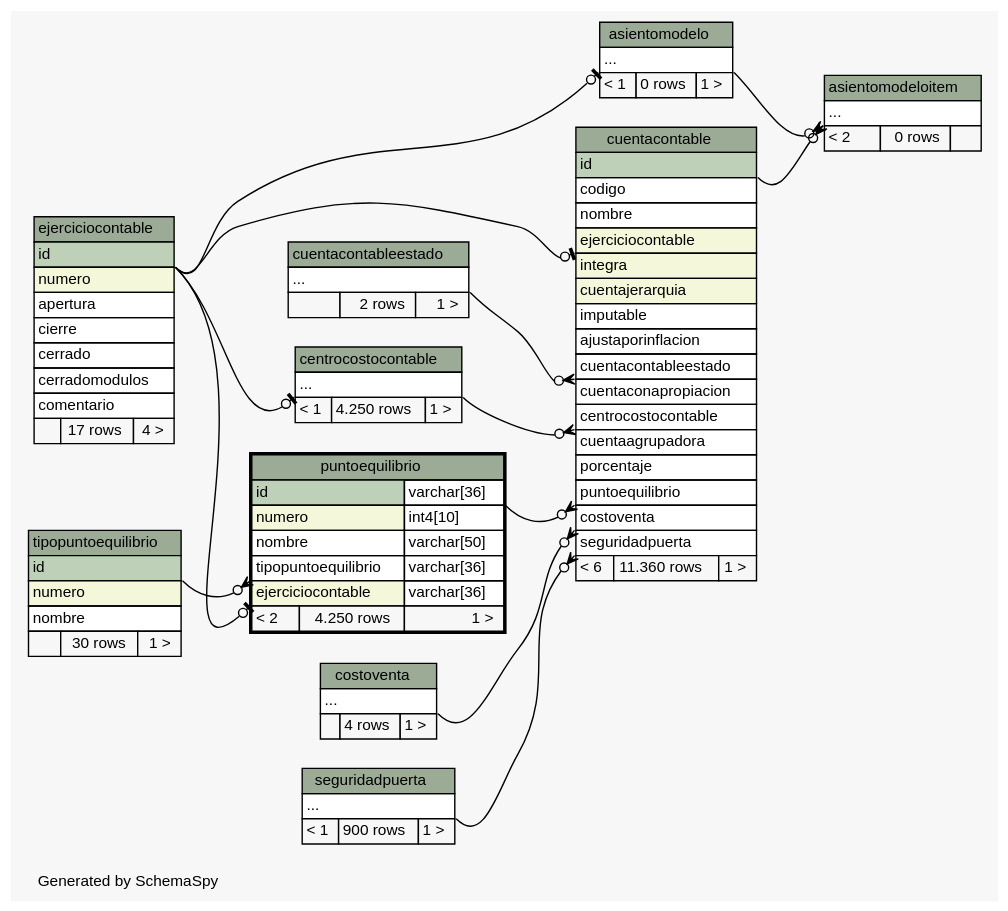
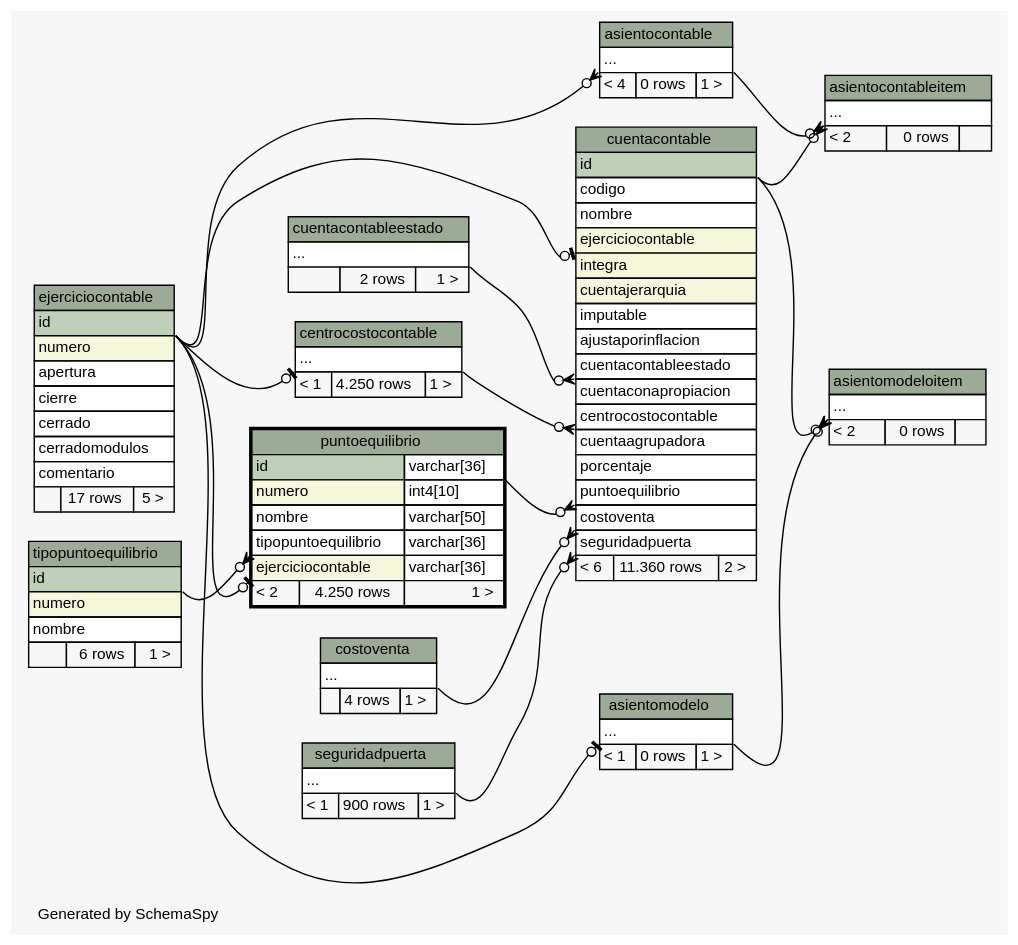
One commit to diegopablomansilla/ms14 changed the diagram in files/db/pp/schema/diagrams/puntoequilibrio.2degrees.dot. Above: the diagram before and after it, drawn with Graphviz. The commit also changed 134 other files, not shown here.

```diff
--- a/files/db/pp/schema/diagrams/puntoequilibrio.2degrees.dot
+++ b/files/db/pp/schema/diagrams/puntoequilibrio.2degrees.dot
@@ -1,161 +1,184 @@
 // dot 2.2.1 on Windows 10 10.0
 // SchemaSpy rev 590
 digraph "twoDegreesRelationshipsDiagram" {
   graph [
     rankdir="RL"
     bgcolor="#f7f7f7"
     label="\nGenerated by SchemaSpy"
     labeljust="l"
     nodesep="0.18"
     ranksep="0.46"
     fontname="Helvetica"
     fontsize="11"
   ];
   node [
     fontname="Helvetica"
     fontsize="11"
     shape="plaintext"
   ];
   edge [
     arrowsize="0.8"
   ];
+  "asientocontable":"elipses":sw -> "ejerciciocontable":"id":se [arrowhead=none dir=back arrowtail=crowodot];
+  "asientocontableitem":"elipses":sw -> "asientocontable":"elipses":se [arrowhead=none dir=back arrowtail=crowodot];
+  "asientocontableitem":"elipses":sw -> "cuentacontable":"id":se [arrowhead=none dir=back arrowtail=crowodot];
   "asientomodelo":"elipses":sw -> "ejerciciocontable":"id":se [arrowhead=none dir=back arrowtail=teeodot];
   "asientomodeloitem":"elipses":sw -> "asientomodelo":"elipses":se [arrowhead=none dir=back arrowtail=crowodot];
   "asientomodeloitem":"elipses":sw -> "cuentacontable":"id":se [arrowhead=none dir=back arrowtail=crowodot];
   "centrocostocontable":"elipses":sw -> "ejerciciocontable":"id":se [arrowhead=none dir=back arrowtail=teeodot];
   "cuentacontable":"centrocostocontable":sw -> "centrocostocontable":"elipses":se [arrowhead=none dir=back arrowtail=crowodot];
   "cuentacontable":"costoventa":sw -> "costoventa":"elipses":se [arrowhead=none dir=back arrowtail=crowodot];
   "cuentacontable":"cuentacontableestado":sw -> "cuentacontableestado":"elipses":se [arrowhead=none dir=back arrowtail=crowodot];
   "cuentacontable":"ejerciciocontable":sw -> "ejerciciocontable":"id":se [arrowhead=none dir=back arrowtail=teeodot];
   "cuentacontable":"puntoequilibrio":sw -> "puntoequilibrio":"id.type":se [arrowhead=none dir=back arrowtail=crowodot];
   "cuentacontable":"seguridadpuerta":sw -> "seguridadpuerta":"elipses":se [arrowhead=none dir=back arrowtail=crowodot];
   "puntoequilibrio":"ejerciciocontable":sw -> "ejerciciocontable":"id":se [arrowhead=none dir=back arrowtail=teeodot];
   "puntoequilibrio":"tipopuntoequilibrio":sw -> "tipopuntoequilibrio":"id":se [arrowhead=none dir=back arrowtail=crowodot];
+  "asientocontable" [
+    label=<
+    <TABLE BORDER="0" CELLBORDER="1" CELLSPACING="0" BGCOLOR="#ffffff">
+      <TR><TD COLSPAN="3" BGCOLOR="#9bab96" ALIGN="CENTER">asientocontable</TD></TR>
+      <TR><TD PORT="elipses" COLSPAN="3" ALIGN="LEFT">...</TD></TR>
+      <TR><TD ALIGN="LEFT" BGCOLOR="#f7f7f7">&lt; 4</TD><TD ALIGN="RIGHT" BGCOLOR="#f7f7f7">0 rows</TD><TD ALIGN="RIGHT" BGCOLOR="#f7f7f7">1 &gt;</TD></TR>
+    </TABLE>>
+    URL="asientocontable.html"
+    tooltip="asientocontable"
+  ];
+  "asientocontableitem" [
+    label=<
+    <TABLE BORDER="0" CELLBORDER="1" CELLSPACING="0" BGCOLOR="#ffffff">
+      <TR><TD COLSPAN="3" BGCOLOR="#9bab96" ALIGN="CENTER">asientocontableitem</TD></TR>
+      <TR><TD PORT="elipses" COLSPAN="3" ALIGN="LEFT">...</TD></TR>
+      <TR><TD ALIGN="LEFT" BGCOLOR="#f7f7f7">&lt; 2</TD><TD ALIGN="RIGHT" BGCOLOR="#f7f7f7">0 rows</TD><TD ALIGN="RIGHT" BGCOLOR="#f7f7f7">  </TD></TR>
+    </TABLE>>
+    URL="asientocontableitem.html"
+    tooltip="asientocontableitem"
+  ];
   "asientomodelo" [
     label=<
     <TABLE BORDER="0" CELLBORDER="1" CELLSPACING="0" BGCOLOR="#ffffff">
       <TR><TD COLSPAN="3" BGCOLOR="#9bab96" ALIGN="CENTER">asientomodelo</TD></TR>
       <TR><TD PORT="elipses" COLSPAN="3" ALIGN="LEFT">...</TD></TR>
       <TR><TD ALIGN="LEFT" BGCOLOR="#f7f7f7">&lt; 1</TD><TD ALIGN="RIGHT" BGCOLOR="#f7f7f7">0 rows</TD><TD ALIGN="RIGHT" BGCOLOR="#f7f7f7">1 &gt;</TD></TR>
     </TABLE>>
     URL="asientomodelo.html"
     tooltip="asientomodelo"
   ];
   "asientomodeloitem" [
     label=<
     <TABLE BORDER="0" CELLBORDER="1" CELLSPACING="0" BGCOLOR="#ffffff">
       <TR><TD COLSPAN="3" BGCOLOR="#9bab96" ALIGN="CENTER">asientomodeloitem</TD></TR>
       <TR><TD PORT="elipses" COLSPAN="3" ALIGN="LEFT">...</TD></TR>
       <TR><TD ALIGN="LEFT" BGCOLOR="#f7f7f7">&lt; 2</TD><TD ALIGN="RIGHT" BGCOLOR="#f7f7f7">0 rows</TD><TD ALIGN="RIGHT" BGCOLOR="#f7f7f7">  </TD></TR>
     </TABLE>>
     URL="asientomodeloitem.html"
     tooltip="asientomodeloitem"
   ];
   "centrocostocontable" [
     label=<
     <TABLE BORDER="0" CELLBORDER="1" CELLSPACING="0" BGCOLOR="#ffffff">
       <TR><TD COLSPAN="3" BGCOLOR="#9bab96" ALIGN="CENTER">centrocostocontable</TD></TR>
       <TR><TD PORT="elipses" COLSPAN="3" ALIGN="LEFT">...</TD></TR>
       <TR><TD ALIGN="LEFT" BGCOLOR="#f7f7f7">&lt; 1</TD><TD ALIGN="RIGHT" BGCOLOR="#f7f7f7">4.250 rows</TD><TD ALIGN="RIGHT" BGCOLOR="#f7f7f7">1 &gt;</TD></TR>
     </TABLE>>
     URL="centrocostocontable.html"
     tooltip="centrocostocontable"
   ];
   "costoventa" [
     label=<
     <TABLE BORDER="0" CELLBORDER="1" CELLSPACING="0" BGCOLOR="#ffffff">
       <TR><TD COLSPAN="3" BGCOLOR="#9bab96" ALIGN="CENTER">costoventa</TD></TR>
       <TR><TD PORT="elipses" COLSPAN="3" ALIGN="LEFT">...</TD></TR>
       <TR><TD ALIGN="LEFT" BGCOLOR="#f7f7f7">  </TD><TD ALIGN="RIGHT" BGCOLOR="#f7f7f7">4 rows</TD><TD ALIGN="RIGHT" BGCOLOR="#f7f7f7">1 &gt;</TD></TR>
     </TABLE>>
     URL="costoventa.html"
     tooltip="costoventa"
   ];
   "cuentacontable" [
     label=<
     <TABLE BORDER="0" CELLBORDER="1" CELLSPACING="0" BGCOLOR="#ffffff">
       <TR><TD COLSPAN="3" BGCOLOR="#9bab96" ALIGN="CENTER">cuentacontable</TD></TR>
       <TR><TD PORT="id" COLSPAN="3" BGCOLOR="#bed1b8" ALIGN="LEFT">id</TD></TR>
       <TR><TD PORT="codigo" COLSPAN="3" ALIGN="LEFT">codigo</TD></TR>
       <TR><TD PORT="nombre" COLSPAN="3" ALIGN="LEFT">nombre</TD></TR>
       <TR><TD PORT="ejerciciocontable" COLSPAN="3" BGCOLOR="#f4f7da" ALIGN="LEFT">ejerciciocontable</TD></TR>
       <TR><TD PORT="integra" COLSPAN="3" BGCOLOR="#f4f7da" ALIGN="LEFT">integra</TD></TR>
       <TR><TD PORT="cuentajerarquia" COLSPAN="3" BGCOLOR="#f4f7da" ALIGN="LEFT">cuentajerarquia</TD></TR>
       <TR><TD PORT="imputable" COLSPAN="3" ALIGN="LEFT">imputable</TD></TR>
       <TR><TD PORT="ajustaporinflacion" COLSPAN="3" ALIGN="LEFT">ajustaporinflacion</TD></TR>
       <TR><TD PORT="cuentacontableestado" COLSPAN="3" ALIGN="LEFT">cuentacontableestado</TD></TR>
       <TR><TD PORT="cuentaconapropiacion" COLSPAN="3" ALIGN="LEFT">cuentaconapropiacion</TD></TR>
       <TR><TD PORT="centrocostocontable" COLSPAN="3" ALIGN="LEFT">centrocostocontable</TD></TR>
       <TR><TD PORT="cuentaagrupadora" COLSPAN="3" ALIGN="LEFT">cuentaagrupadora</TD></TR>
       <TR><TD PORT="porcentaje" COLSPAN="3" ALIGN="LEFT">porcentaje</TD></TR>
       <TR><TD PORT="puntoequilibrio" COLSPAN="3" ALIGN="LEFT">puntoequilibrio</TD></TR>
       <TR><TD PORT="costoventa" COLSPAN="3" ALIGN="LEFT">costoventa</TD></TR>
       <TR><TD PORT="seguridadpuerta" COLSPAN="3" ALIGN="LEFT">seguridadpuerta</TD></TR>
-      <TR><TD ALIGN="LEFT" BGCOLOR="#f7f7f7">&lt; 6</TD><TD ALIGN="RIGHT" BGCOLOR="#f7f7f7">11.360 rows</TD><TD ALIGN="RIGHT" BGCOLOR="#f7f7f7">1 &gt;</TD></TR>
+      <TR><TD ALIGN="LEFT" BGCOLOR="#f7f7f7">&lt; 6</TD><TD ALIGN="RIGHT" BGCOLOR="#f7f7f7">11.360 rows</TD><TD ALIGN="RIGHT" BGCOLOR="#f7f7f7">2 &gt;</TD></TR>
     </TABLE>>
     URL="cuentacontable.html"
     tooltip="cuentacontable"
   ];
   "cuentacontableestado" [
     label=<
     <TABLE BORDER="0" CELLBORDER="1" CELLSPACING="0" BGCOLOR="#ffffff">
       <TR><TD COLSPAN="3" BGCOLOR="#9bab96" ALIGN="CENTER">cuentacontableestado</TD></TR>
       <TR><TD PORT="elipses" COLSPAN="3" ALIGN="LEFT">...</TD></TR>
       <TR><TD ALIGN="LEFT" BGCOLOR="#f7f7f7">  </TD><TD ALIGN="RIGHT" BGCOLOR="#f7f7f7">2 rows</TD><TD ALIGN="RIGHT" BGCOLOR="#f7f7f7">1 &gt;</TD></TR>
     </TABLE>>
     URL="cuentacontableestado.html"
     tooltip="cuentacontableestado"
   ];
   "ejerciciocontable" [
     label=<
     <TABLE BORDER="0" CELLBORDER="1" CELLSPACING="0" BGCOLOR="#ffffff">
       <TR><TD COLSPAN="3" BGCOLOR="#9bab96" ALIGN="CENTER">ejerciciocontable</TD></TR>
       <TR><TD PORT="id" COLSPAN="3" BGCOLOR="#bed1b8" ALIGN="LEFT">id</TD></TR>
       <TR><TD PORT="numero" COLSPAN="3" BGCOLOR="#f4f7da" ALIGN="LEFT">numero</TD></TR>
       <TR><TD PORT="apertura" COLSPAN="3" ALIGN="LEFT">apertura</TD></TR>
       <TR><TD PORT="cierre" COLSPAN="3" ALIGN="LEFT">cierre</TD></TR>
       <TR><TD PORT="cerrado" COLSPAN="3" ALIGN="LEFT">cerrado</TD></TR>
       <TR><TD PORT="cerradomodulos" COLSPAN="3" ALIGN="LEFT">cerradomodulos</TD></TR>
       <TR><TD PORT="comentario" COLSPAN="3" ALIGN="LEFT">comentario</TD></TR>
-      <TR><TD ALIGN="LEFT" BGCOLOR="#f7f7f7">  </TD><TD ALIGN="RIGHT" BGCOLOR="#f7f7f7">17 rows</TD><TD ALIGN="RIGHT" BGCOLOR="#f7f7f7">4 &gt;</TD></TR>
+      <TR><TD ALIGN="LEFT" BGCOLOR="#f7f7f7">  </TD><TD ALIGN="RIGHT" BGCOLOR="#f7f7f7">17 rows</TD><TD ALIGN="RIGHT" BGCOLOR="#f7f7f7">5 &gt;</TD></TR>
     </TABLE>>
     URL="ejerciciocontable.html"
     tooltip="ejerciciocontable"
   ];
   "puntoequilibrio" [
     label=<
     <TABLE BORDER="2" CELLBORDER="1" CELLSPACING="0" BGCOLOR="#ffffff">
       <TR><TD COLSPAN="3" BGCOLOR="#9bab96" ALIGN="CENTER">puntoequilibrio</TD></TR>
       <TR><TD PORT="id" COLSPAN="2" BGCOLOR="#bed1b8" ALIGN="LEFT">id</TD><TD PORT="id.type" ALIGN="LEFT">varchar[36]</TD></TR>
       <TR><TD PORT="numero" COLSPAN="2" BGCOLOR="#f4f7da" ALIGN="LEFT">numero</TD><TD PORT="numero.type" ALIGN="LEFT">int4[10]</TD></TR>
       <TR><TD PORT="nombre" COLSPAN="2" ALIGN="LEFT">nombre</TD><TD PORT="nombre.type" ALIGN="LEFT">varchar[50]</TD></TR>
       <TR><TD PORT="tipopuntoequilibrio" COLSPAN="2" ALIGN="LEFT">tipopuntoequilibrio</TD><TD PORT="tipopuntoequilibrio.type" ALIGN="LEFT">varchar[36]</TD></TR>
       <TR><TD PORT="ejerciciocontable" COLSPAN="2" BGCOLOR="#f4f7da" ALIGN="LEFT">ejerciciocontable</TD><TD PORT="ejerciciocontable.type" ALIGN="LEFT">varchar[36]</TD></TR>
       <TR><TD ALIGN="LEFT" BGCOLOR="#f7f7f7">&lt; 2</TD><TD ALIGN="RIGHT" BGCOLOR="#f7f7f7">4.250 rows</TD><TD ALIGN="RIGHT" BGCOLOR="#f7f7f7">1 &gt;</TD></TR>
     </TABLE>>
     URL="puntoequilibrio.html"
     tooltip="puntoequilibrio"
   ];
   "seguridadpuerta" [
     label=<
     <TABLE BORDER="0" CELLBORDER="1" CELLSPACING="0" BGCOLOR="#ffffff">
       <TR><TD COLSPAN="3" BGCOLOR="#9bab96" ALIGN="CENTER">seguridadpuerta</TD></TR>
       <TR><TD PORT="elipses" COLSPAN="3" ALIGN="LEFT">...</TD></TR>
       <TR><TD ALIGN="LEFT" BGCOLOR="#f7f7f7">&lt; 1</TD><TD ALIGN="RIGHT" BGCOLOR="#f7f7f7">900 rows</TD><TD ALIGN="RIGHT" BGCOLOR="#f7f7f7">1 &gt;</TD></TR>
     </TABLE>>
     URL="seguridadpuerta.html"
     tooltip="seguridadpuerta"
   ];
   "tipopuntoequilibrio" [
     label=<
     <TABLE BORDER="0" CELLBORDER="1" CELLSPACING="0" BGCOLOR="#ffffff">
       <TR><TD COLSPAN="3" BGCOLOR="#9bab96" ALIGN="CENTER">tipopuntoequilibrio</TD></TR>
       <TR><TD PORT="id" COLSPAN="3" BGCOLOR="#bed1b8" ALIGN="LEFT">id</TD></TR>
       <TR><TD PORT="numero" COLSPAN="3" BGCOLOR="#f4f7da" ALIGN="LEFT">numero</TD></TR>
       <TR><TD PORT="nombre" COLSPAN="3" ALIGN="LEFT">nombre</TD></TR>
-      <TR><TD ALIGN="LEFT" BGCOLOR="#f7f7f7">  </TD><TD ALIGN="RIGHT" BGCOLOR="#f7f7f7">30 rows</TD><TD ALIGN="RIGHT" BGCOLOR="#f7f7f7">1 &gt;</TD></TR>
+      <TR><TD ALIGN="LEFT" BGCOLOR="#f7f7f7">  </TD><TD ALIGN="RIGHT" BGCOLOR="#f7f7f7">6 rows</TD><TD ALIGN="RIGHT" BGCOLOR="#f7f7f7">1 &gt;</TD></TR>
     </TABLE>>
     URL="tipopuntoequilibrio.html"
     tooltip="tipopuntoequilibrio"
   ];
 }
```
